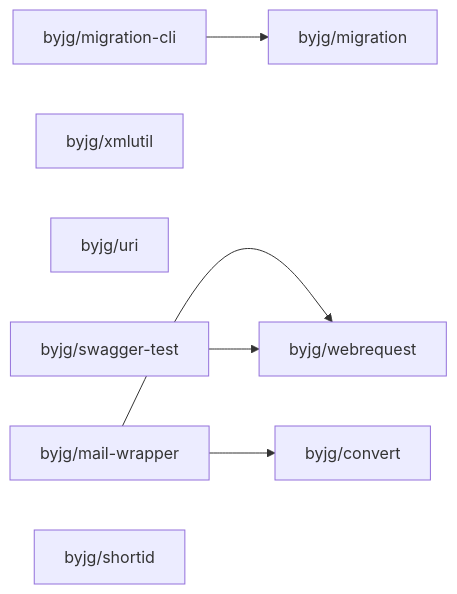
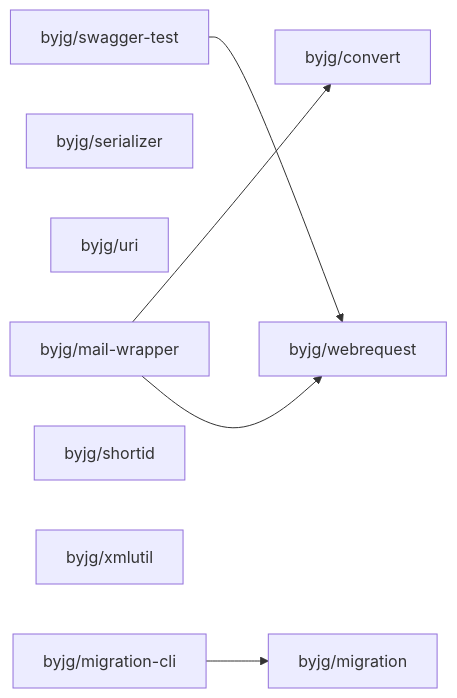
Before and after one commit to byjg/byjg.github.io: the diagram in php/README.md, drawn with Mermaid. The commit also changed 1 other file, not shown here.

Commit message:
Update documentation 'php' 'php-serializer'

````diff
--- a/php/README.md
+++ b/php/README.md
@@ -3,16 +3,17 @@
 ```mermaid
 graph LR;
+  byjg/swagger-test;
+  byjg/serializer;
+  byjg/uri;
   byjg/migration-cli;
+  byjg/shortid;
   byjg/xmlutil;
-  byjg/uri;
-  byjg/swagger-test;
   byjg/mail-wrapper;
-  byjg/shortid;
   byjg/migration;
   byjg/convert;
   byjg/webrequest;
   byjg/mail-wrapper --> byjg/convert;
   byjg/mail-wrapper --> byjg/webrequest;
   byjg/swagger-test --> byjg/webrequest;
   byjg/migration-cli --> byjg/migration;
 ```
````
